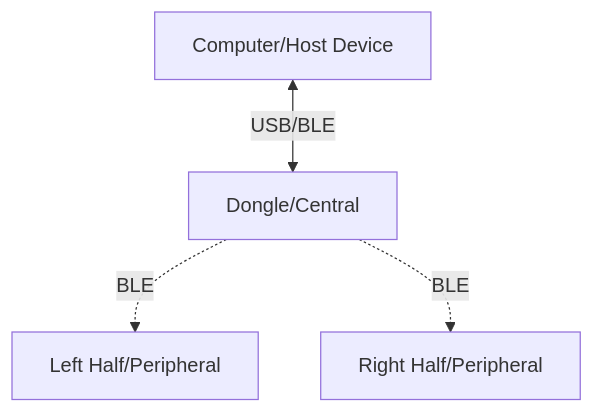
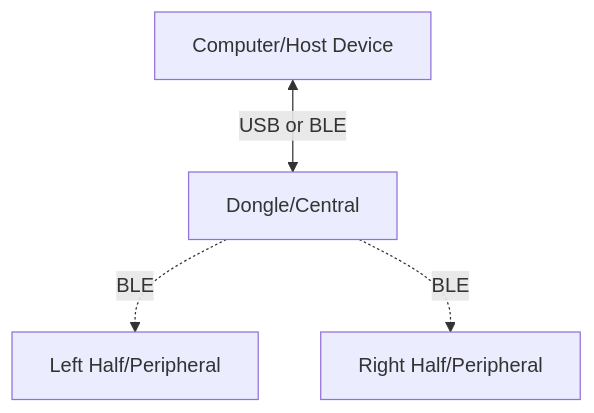
Before and after one commit to zmkfirmware/zmk: the diagram in docs/docs/features/splits.mdx, drawn with Mermaid. The commit also changed other lines of this file and 2 other files, not shown here.

Commit message:
removes svg, adds png

````diff
--- a/docs/docs/features/splits.mdx
+++ b/docs/docs/features/splits.mdx
@@ -26,6 +26,6 @@
 ```mermaid
 graph TD;
-    A[Computer/Host Device] <-- USB/BLE --> DONGLE[Dongle/Central];
+    A[Computer/Host Device] <-- USB or BLE --> DONGLE[Dongle/Central];
     DONGLE -. BLE .-> LEFT[Left Half/Peripheral];
     DONGLE -. BLE .-> RIGHT[Right Half/Peripheral];
 ```
````
